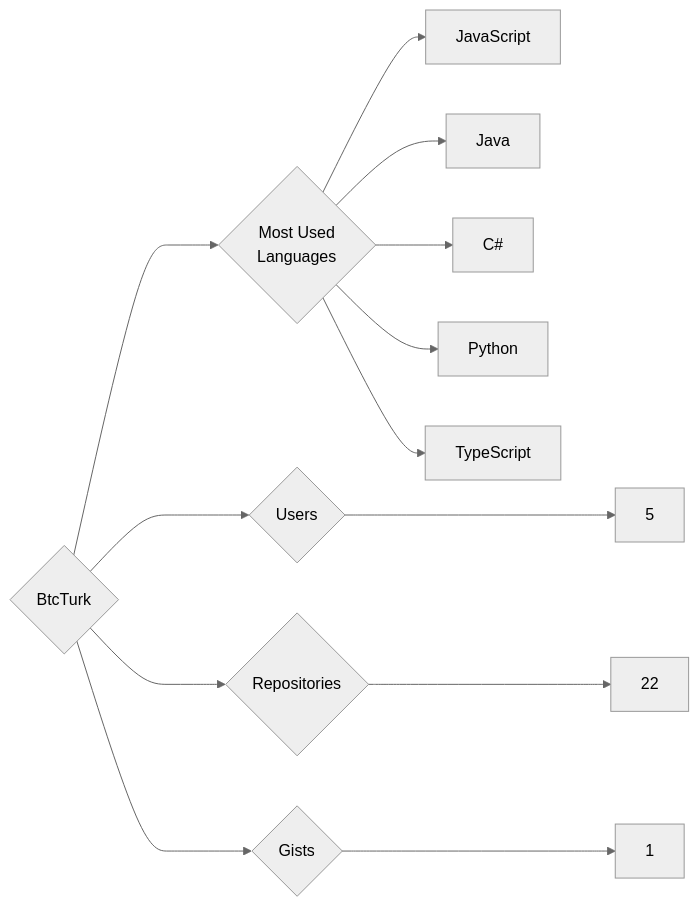
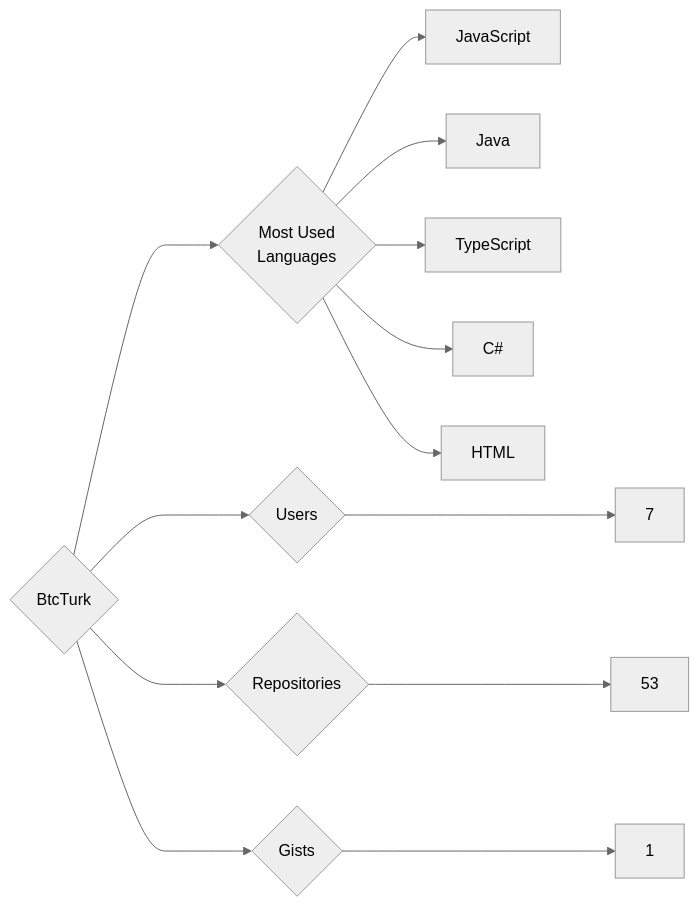
Before and after one commit to trickest/insiders: the diagram in targets/BtcTurk/README.md, drawn with Mermaid (neutral theme). The commit also changed 938 other files, not shown here.

````diff
--- a/targets/BtcTurk/README.md
+++ b/targets/BtcTurk/README.md
@@ -3,13 +3,13 @@
 ```mermaid
 graph LR
 COMPANY_NAME{BtcTurk}
-COMPANY_NAME ---> U{Users} ---> UN[5]
-COMPANY_NAME ---> R{Repositories} ---> RN[22]
+COMPANY_NAME ---> U{Users} ---> UN[7]
+COMPANY_NAME ---> R{Repositories} ---> RN[53]
 COMPANY_NAME ---> G{Gists} ---> GN[1]
 COMPANY_NAME ---> ML{Most Used<br>Languages}
 ML --> JavaScript[JavaScript]
 ML --> Java[Java]
+ML --> TypeScript[TypeScript]
 ML --> C#[C#]
-ML --> Python[Python]
-ML --> TypeScript[TypeScript]
+ML --> HTML[HTML]
 ```
````
